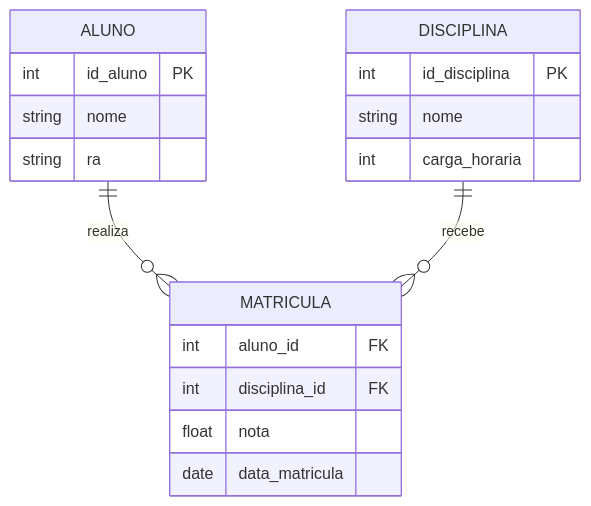
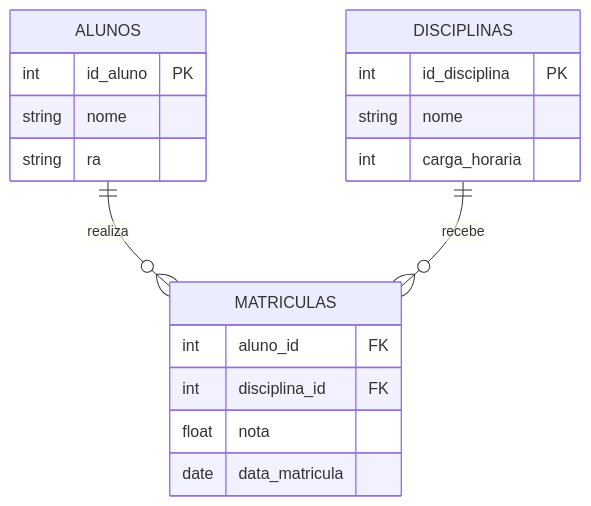
The fifth of 13 diagrams in docs/aulas/Aula_03_Relacionamentos_Cardinalidade.md (GTI-Fatec-Jahu/BDA-GTI-2026-2), drawn with Mermaid before and after one commit. The commit also changed other lines of this file and 5 other files, not shown here.

````diff
--- a/docs/aulas/Aula_03_Relacionamentos_Cardinalidade.md
+++ b/docs/aulas/Aula_03_Relacionamentos_Cardinalidade.md
@@ -353,21 +353,21 @@
 ```mermaid
 erDiagram
-    ALUNO {
+    ALUNOS {
         int id_aluno PK
         string nome
         string ra
     }
-    DISCIPLINA {
+    DISCIPLINAS {
         int id_disciplina PK
         string nome
         int carga_horaria
     }
-    MATRICULA {
+    MATRICULAS {
         int aluno_id FK
         int disciplina_id FK
         float nota
         date data_matricula
     }
-    ALUNO ||--o{ MATRICULA : "realiza"
-    DISCIPLINA ||--o{ MATRICULA : "recebe"
+    ALUNOS ||--o{ MATRICULAS : "realiza"
+    DISCIPLINAS ||--o{ MATRICULAS : "recebe"
 ```
````
